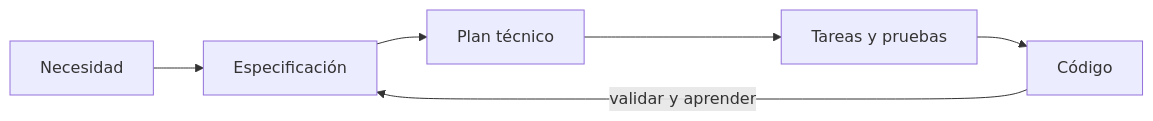
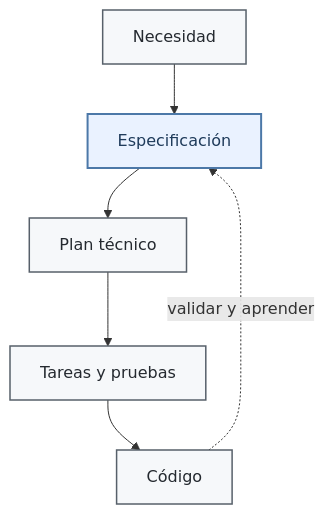
The diagram in docs/02-que-es-sdd.md (antroc/charla-sdd), drawn with Mermaid before and after one commit. The commit also changed 3 other files, not shown here.

Commit message:
Unificar los diagramas de entrada y herramientas

````diff
--- a/docs/02-que-es-sdd.md
+++ b/docs/02-que-es-sdd.md
@@ -61,8 +61,14 @@
 ```mermaid
-flowchart LR
+flowchart TB
   A["Necesidad"] --> B["Especificación"]
   B --> C["Plan técnico"]
   C --> D["Tareas y pruebas"]
   D --> E["Código"]
-  E -->|"validar y aprender"| B
+
+  E -.->|"validar y aprender"| B
+
+  classDef main fill:#F6F8FA,stroke:#57606A,stroke-width:1.5px,color:#24292F;
+  classDef spec fill:#EAF2FF,stroke:#4C78A8,stroke-width:2px,color:#1F3B5B;
+  class B spec;
+  class A,C,D,E main;
 ```
````
